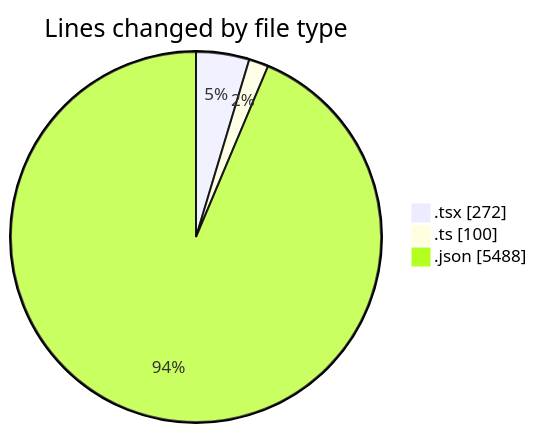
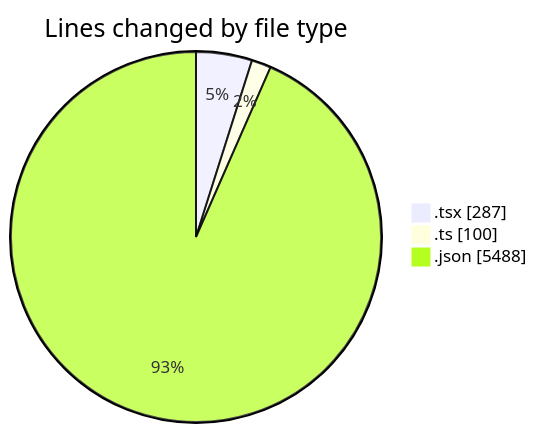
Before and after one commit to nxtqubesakshisongat/code-tracking: the first of 2 diagrams in 2026-04-12/airfeed-analytics-dashboard/README.md, drawn with Mermaid. The commit also changed other lines of this file and 1 other file, not shown here.

````diff
--- a/2026-04-12/airfeed-analytics-dashboard/README.md
+++ b/2026-04-12/airfeed-analytics-dashboard/README.md
@@ -24,7 +25,7 @@
 ```mermaid
 pie showData
 title Lines changed by file type
-".tsx" : 272
+".tsx" : 287
 ".ts" : 100
 ".json" : 5488
 ```
````
